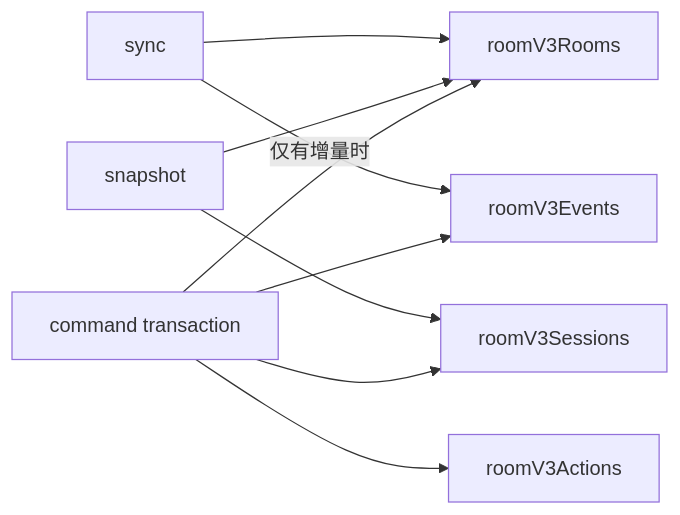
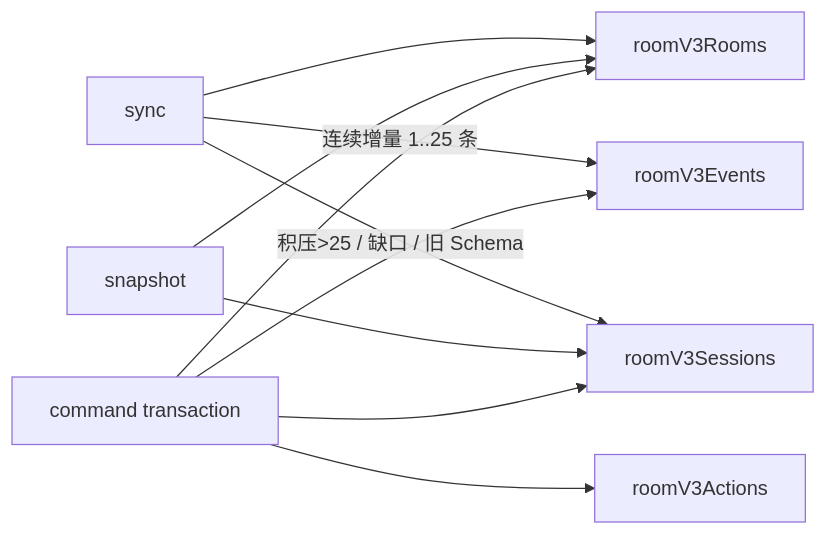
One commit to Bubble-419/cardboard-miniprogram changed the ninth of 11 diagrams in docs/ROOM_MODEL_STATE.md. Above: the diagram before and after it, drawn with Mermaid. The commit also changed other lines of this file and 20 other files, not shown here.

First line of the commit message:
fix(room): bound event sync and recover with snapshots

````diff
--- a/docs/ROOM_MODEL_STATE.md
+++ b/docs/ROOM_MODEL_STATE.md
@@ -386,11 +388,12 @@
 ```mermaid
 flowchart LR
   SYNC[sync] --> R[roomV3Rooms]
-  SYNC -->|仅有增量时| E[roomV3Events]
+  SYNC -->|连续增量 1..25 条| E[roomV3Events]
+  SYNC -->|积压>25 / 缺口 / 旧 Schema| S[roomV3Sessions]
   SNAPSHOT[snapshot] --> R
   SNAPSHOT --> S[roomV3Sessions]
   COMMAND[command transaction] --> R
   COMMAND --> S
   COMMAND --> E
   COMMAND --> A[roomV3Actions]
 ```
````
